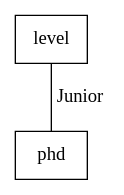
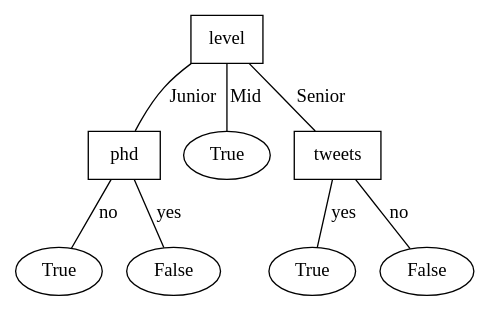
Before and after one commit to TrevorBushnell/STEM-Notes: the diagram in CPSC322 Data Science Algorithms/U4 - Decision Trees/interview_tree.dot, drawn with Graphviz. The commit also changed 2 other files, not shown here.

```diff
--- a/CPSC322 Data Science Algorithms/U4 - Decision Trees/interview_tree.dot
+++ b/CPSC322 Data Science Algorithms/U4 - Decision Trees/interview_tree.dot
@@ -1,6 +1,20 @@
 graph g {
     level [shape=box];
     phd[shape=box];
     level -- phd [label="Junior"]
-    // task: finish the tree!!!!
+    
+    true1 [label="True"]
+    false1 [label="False"]
+    phd -- true1 [label="no"]
+    phd -- false1 [label="yes"]
+
+    true2 [label="True"]
+    level -- true2 [label="Mid"]
+
+    tweets [shape=box]
+    level -- tweets [label="Senior"]
+    true3 [label="True"]
+    false3 [label="False"]
+    tweets -- false3 [label="no"]
+    tweets -- true3 [label="yes"]
 }
```
